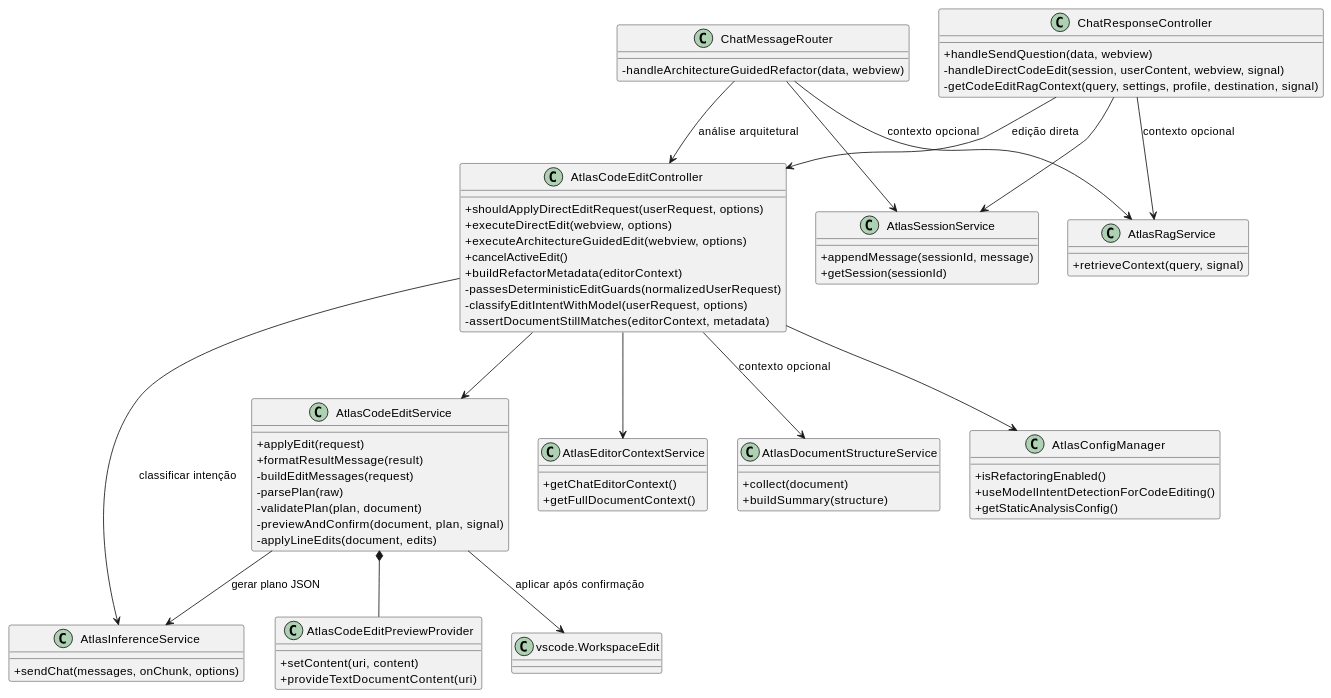
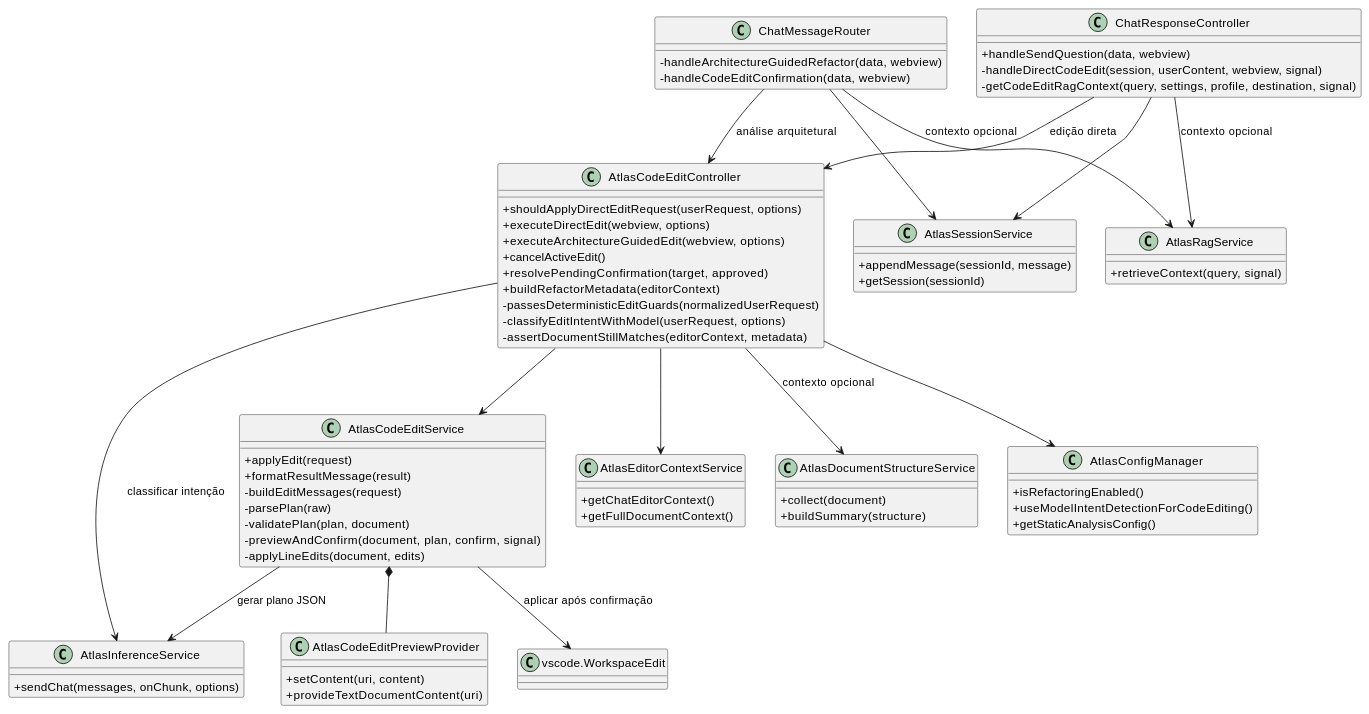
Before and after one commit to JVictorVI/ATLAS: diagram 39 of 41 in docs/plantuml-diagramas-por-caso-de-uso-atlas.md, drawn with PlantUML. The commit also changed other lines of this file and 38 other files, not shown here.

````diff
--- a/docs/plantuml-diagramas-por-caso-de-uso-atlas.md
+++ b/docs/plantuml-diagramas-por-caso-de-uso-atlas.md
@@ -1554,77 +1579,79 @@
 ```plantuml
 @startuml
 skinparam shadowing false
 skinparam classAttributeIconSize 0
 
 class ChatMessageRouter {
   -handleArchitectureGuidedRefactor(data, webview)
+  -handleCodeEditConfirmation(data, webview)
 }
 class ChatResponseController {
   +handleSendQuestion(data, webview)
   -handleDirectCodeEdit(session, userContent, webview, signal)
   -getCodeEditRagContext(query, settings, profile, destination, signal)
 }
 class AtlasCodeEditController {
   +shouldApplyDirectEditRequest(userRequest, options)
   +executeDirectEdit(webview, options)
   +executeArchitectureGuidedEdit(webview, options)
   +cancelActiveEdit()
+  +resolvePendingConfirmation(target, approved)
   +buildRefactorMetadata(editorContext)
   -passesDeterministicEditGuards(normalizedUserRequest)
   -classifyEditIntentWithModel(userRequest, options)
   -assertDocumentStillMatches(editorContext, metadata)
 }
 class AtlasCodeEditService {
   +applyEdit(request)
   +formatResultMessage(result)
   -buildEditMessages(request)
   -parsePlan(raw)
   -validatePlan(plan, document)
-  -previewAndConfirm(document, plan, signal)
+  -previewAndConfirm(document, plan, confirm, signal)
   -applyLineEdits(document, edits)
 }
 class AtlasCodeEditPreviewProvider {
   +setContent(uri, content)
   +provideTextDocumentContent(uri)
 }
 class AtlasEditorContextService {
   +getChatEditorContext()
   +getFullDocumentContext()
 }
 class AtlasDocumentStructureService {
   +collect(document)
   +buildSummary(structure)
 }
 class AtlasRagService {
   +retrieveContext(query, signal)
 }
 class AtlasInferenceService {
   +sendChat(messages, onChunk, options)
 }
 class AtlasSessionService {
   +appendMessage(sessionId, message)
   +getSession(sessionId)
 }
 class AtlasConfigManager {
   +isRefactoringEnabled()
   +useModelIntentDetectionForCodeEditing()
   +getStaticAnalysisConfig()
 }
 class "vscode.WorkspaceEdit" as WorkspaceEdit
 
 ChatMessageRouter --> AtlasCodeEditController : análise arquitetural
 ChatMessageRouter --> AtlasRagService : contexto opcional
 ChatMessageRouter --> AtlasSessionService
 ChatResponseController --> AtlasCodeEditController : edição direta
 ChatResponseController --> AtlasRagService : contexto opcional
 ChatResponseController --> AtlasSessionService
 AtlasCodeEditController --> AtlasEditorContextService
 AtlasCodeEditController --> AtlasDocumentStructureService : contexto opcional
 AtlasCodeEditController --> AtlasConfigManager
 AtlasCodeEditController --> AtlasInferenceService : classificar intenção
 AtlasCodeEditController --> AtlasCodeEditService
 AtlasCodeEditService --> AtlasInferenceService : gerar plano JSON
 AtlasCodeEditService *-- AtlasCodeEditPreviewProvider
 AtlasCodeEditService --> WorkspaceEdit : aplicar após confirmação
 @enduml
 ```
````
